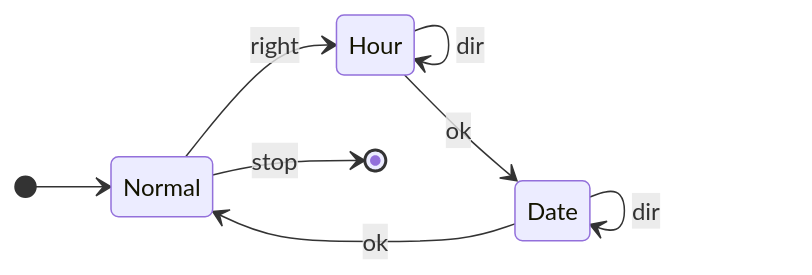
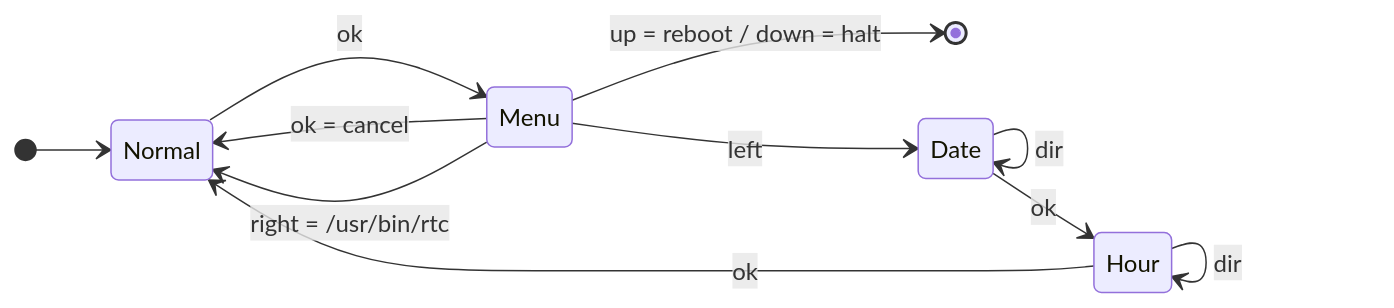
One commit to sbeaugrand/debinst changed the second of 2 diagrams in cicd/mps/README.md. Above: the diagram before and after it, drawn with Mermaid. The commit also changed other lines of this file and 16 other files, not shown here.

````diff
--- a/cicd/mps/README.md
+++ b/cicd/mps/README.md
@@ -16,11 +16,14 @@
 ```mermaid
 stateDiagram
     direction LR
     [*] --> Normal
-    Normal --> Hour: right
-	Normal --> [*]: stop
+    Normal --> Menu: ok
+    Menu --> Normal: ok = cancel
+    Menu --> Normal: right = /usr/bin/rtc
+	Menu --> [*]: up = reboot / down = halt
+    Menu --> Date: left
+    Date --> Date: dir
+    Date --> Hour: ok
     Hour --> Hour: dir
-    Hour --> Date: ok
-    Date --> Normal: ok
-    Date --> Date: dir
+    Hour --> Normal: ok
 ```
````
